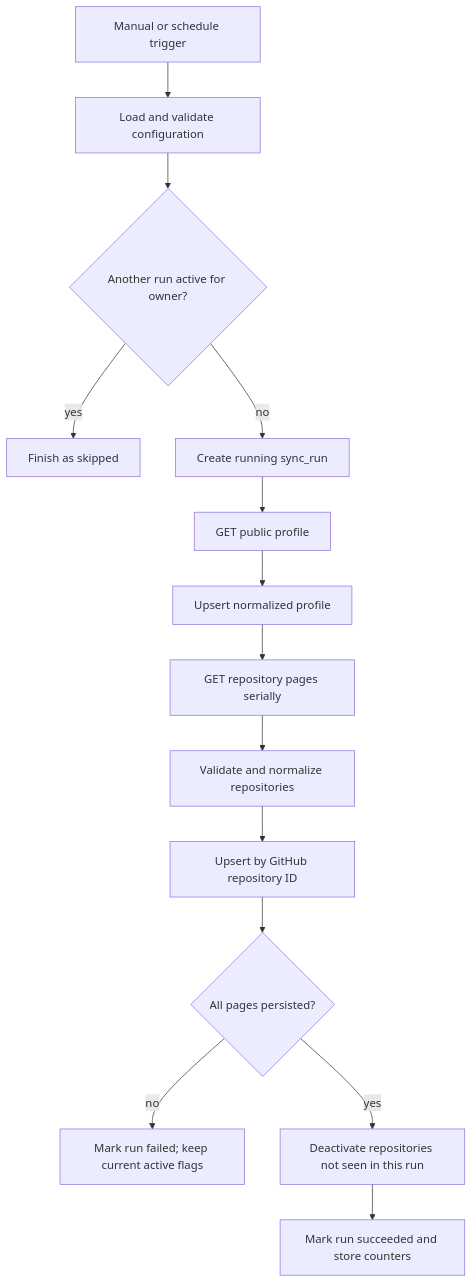
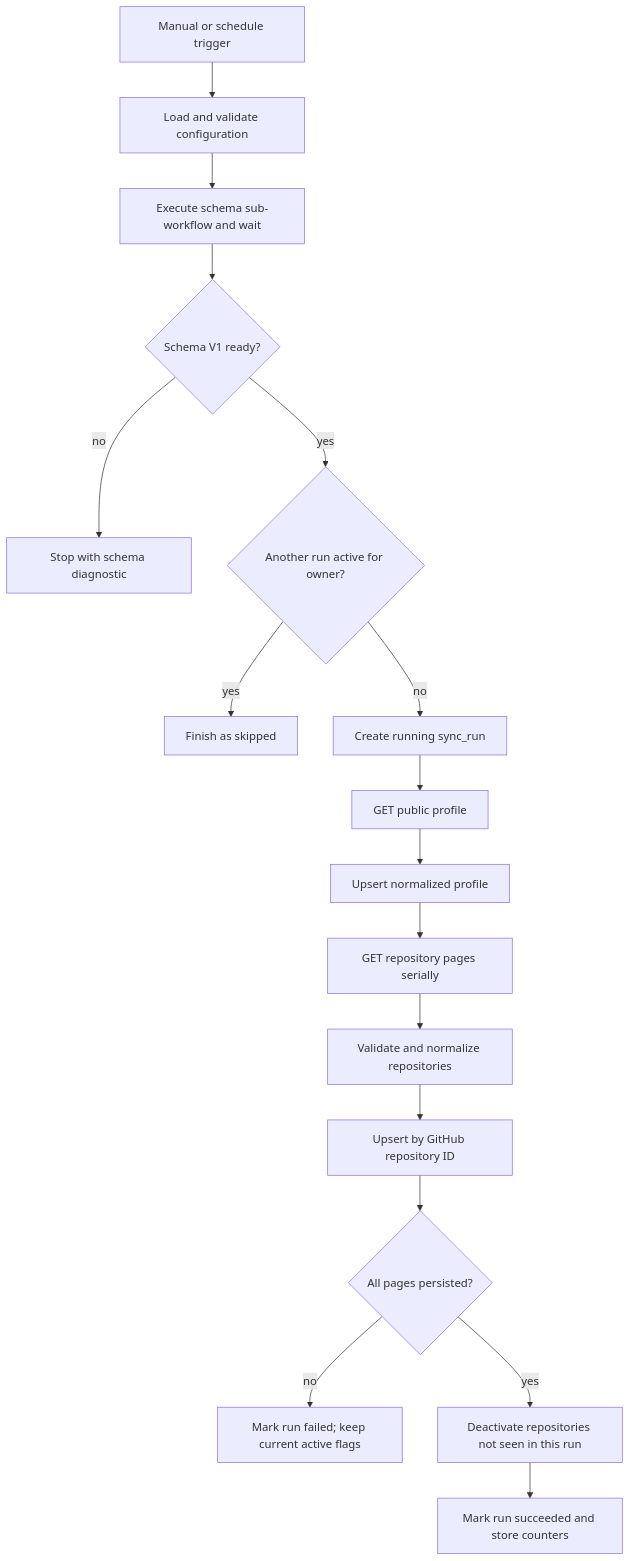
One commit to edmaker89/github-portfolio-sync changed the second of 2 diagrams in docs/architecture.md. Above: the diagram before and after it, drawn with Mermaid. The commit also changed other lines of this file and 8 other files, not shown here.

````diff
--- a/docs/architecture.md
+++ b/docs/architecture.md
@@ -30,16 +32,19 @@
 ```mermaid
 flowchart TD
     A[Manual or schedule trigger] --> B[Load and validate configuration]
-    B --> C{Another run active for owner?}
-    C -- yes --> D[Finish as skipped]
-    C -- no --> E[Create running sync_run]
-    E --> F[GET public profile]
-    F --> G[Upsert normalized profile]
-    G --> H[GET repository pages serially]
-    H --> I[Validate and normalize repositories]
-    I --> J[Upsert by GitHub repository ID]
-    J --> K{All pages persisted?}
-    K -- no --> L[Mark run failed; keep current active flags]
-    K -- yes --> M[Deactivate repositories not seen in this run]
-    M --> N[Mark run succeeded and store counters]
+    B --> C[Execute schema sub-workflow and wait]
+    C --> D{Schema V1 ready?}
+    D -- no --> E[Stop with schema diagnostic]
+    D -- yes --> F{Another run active for owner?}
+    F -- yes --> G[Finish as skipped]
+    F -- no --> H[Create running sync_run]
+    H --> I[GET public profile]
+    I --> J[Upsert normalized profile]
+    J --> K[GET repository pages serially]
+    K --> L[Validate and normalize repositories]
+    L --> M[Upsert by GitHub repository ID]
+    M --> N{All pages persisted?}
+    N -- no --> O[Mark run failed; keep current active flags]
+    N -- yes --> P[Deactivate repositories not seen in this run]
+    P --> Q[Mark run succeeded and store counters]
 ```
````
